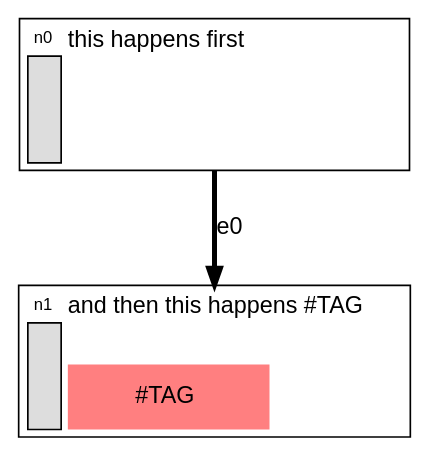
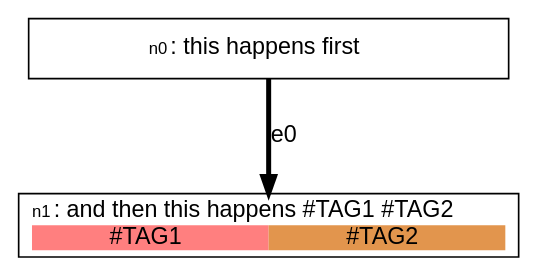
One commit to stevecooperorg/microdot changed the diagram in examples/readme_example_1.dot. Above: the diagram before and after it, drawn with Graphviz. The commit also changed 20 other files, not shown here.

```diff
--- a/examples/readme_example_1.dot
+++ b/examples/readme_example_1.dot
@@ -1,50 +1,32 @@
 digraph {
 
     graph [fontname = "helvetica" rankdir="TB" ranksep=0.75 nodesep=0.5];
-    node [fontname = "helvetica" shape = "plain"];
+    node [fontname = "helvetica" shape = "box" width=4 style=filled];
     edge [fontname = "helvetica" penwidth=3 color="#000000"];
 
-    n0 [label=< <TABLE BORDER="1" CELLPADDING="0"  CELLBORDER="0" CELLSPACING="4">
-    <TR >
-        <TD width="20"><FONT POINT-SIZE="10">n0</FONT></TD>
-        <TD WIDTH="200" ROWSPAN="2" ALIGN="left" VALIGN="top">this happens first</TD>
+    n0 [label=< <TABLE BORDER="0" CELLPADDING="0" CELLSPACING="0">
+    <TR>
+        <TD COLSPAN="1"><FONT POINT-SIZE="10">n0</FONT>: this happens first</TD>
     </TR>
+    
+   </TABLE>
+> fillcolor="#FFFFFF"]
+    n1 [label=< <TABLE BORDER="0" CELLPADDING="0" CELLSPACING="0">
     <TR>
-        <TD HEIGHT="60" BGCOLOR="#dddddd" ROWSPAN="2" BORDER="1"></TD>
+        <TD COLSPAN="2"><FONT POINT-SIZE="10">n1</FONT>: and then this happens #TAG1 #TAG2</TD>
     </TR>
+    
     <TR>
-        <TD HEIGHT="20">
-            <TABLE BORDER="0" CELLSPACING="0" CELLPADDING="0">
-                <TR>
-                    
-                    <TD></TD>
-                </TR>
-            </TABLE>
-        </TD>
+        
+            <TD BGCOLOR="#FF7F7F"><FONT COLOR="#000000">#TAG1</FONT></TD>
+        
+            <TD BGCOLOR="#E2954D"><FONT COLOR="#000000">#TAG2</FONT></TD>
+        
     </TR>
-</TABLE> >]
-    n1 [label=< <TABLE BORDER="1" CELLPADDING="0"  CELLBORDER="0" CELLSPACING="4">
-    <TR >
-        <TD width="20"><FONT POINT-SIZE="10">n1</FONT></TD>
-        <TD WIDTH="200" ROWSPAN="2" ALIGN="left" VALIGN="top">and then this happens #TAG</TD>
-    </TR>
-    <TR>
-        <TD HEIGHT="60" BGCOLOR="#dddddd" ROWSPAN="2" BORDER="1"></TD>
-    </TR>
-    <TR>
-        <TD HEIGHT="20">
-            <TABLE BORDER="0" CELLSPACING="0" CELLPADDING="0">
-                <TR>
-                    
-                    <TD WIDTH="1" BGCOLOR="#FF7F80" COLOR="#000000" CELLPADDING="0" CELLBORDER="0"><FONT>#TAG</FONT></TD>
-                    
-                    <TD></TD>
-                </TR>
-            </TABLE>
-        </TD>
-    </TR>
-</TABLE> >]
+    
+   </TABLE>
+> fillcolor="#FFFFFF"]
 
     "n0" -> "n1" [label="e0"];
 
 }
```
